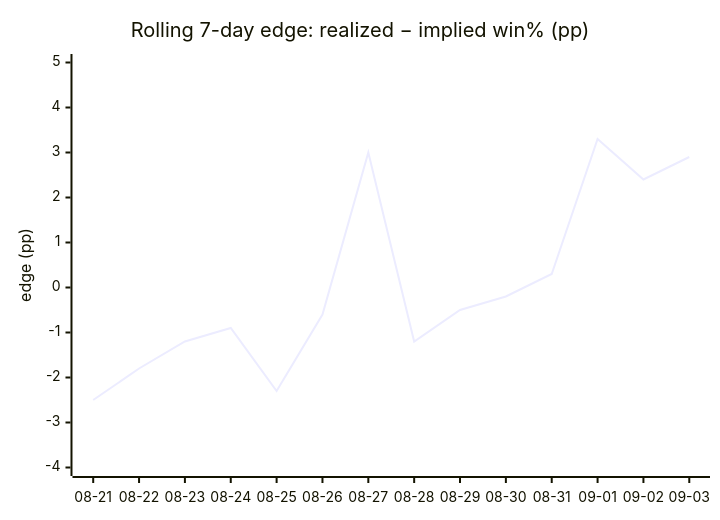
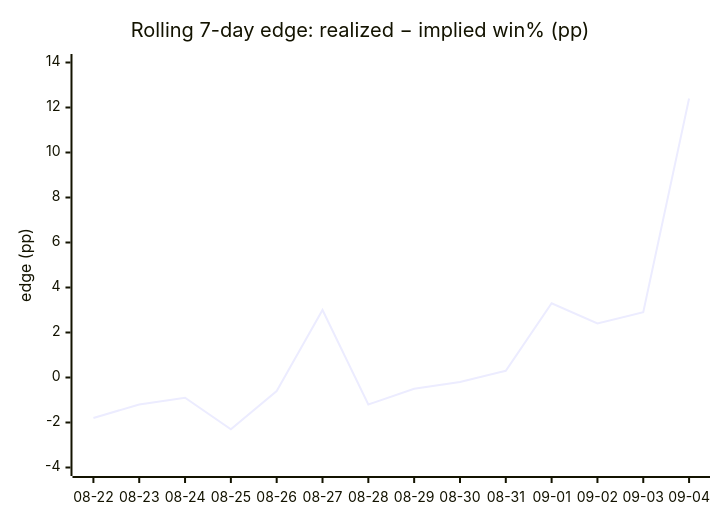
The fourth of 4 diagrams in DAILY_AGSU_REPORT.md (dpk1212/nhl-savant), drawn with Mermaid before and after one commit. The commit also changed other lines of this file, not shown here.

````diff
--- a/DAILY_AGSU_REPORT.md
+++ b/DAILY_AGSU_REPORT.md
@@ -861,7 +871,7 @@
 ```mermaid
 xychart-beta
     title "Rolling 7-day edge: realized − implied win% (pp)"
-    x-axis ["08-21", "08-22", "08-23", "08-24", "08-25", "08-26", "08-27", "08-28", "08-29", "08-30", "08-31", "09-01", "09-02", "09-03"]
-    y-axis "edge (pp)" -4 --> 5
-    line [-2.5, -1.8, -1.2, -0.9, -2.3, -0.6, 3, -1.2, -0.5, -0.2, 0.3, 3.3, 2.4, 2.9]
+    x-axis ["08-22", "08-23", "08-24", "08-25", "08-26", "08-27", "08-28", "08-29", "08-30", "08-31", "09-01", "09-02", "09-03", "09-04"]
+    y-axis "edge (pp)" -4 --> 14
+    line [-1.8, -1.2, -0.9, -2.3, -0.6, 3, -1.2, -0.5, -0.2, 0.3, 3.3, 2.4, 2.9, 12.4]
 ```
````
